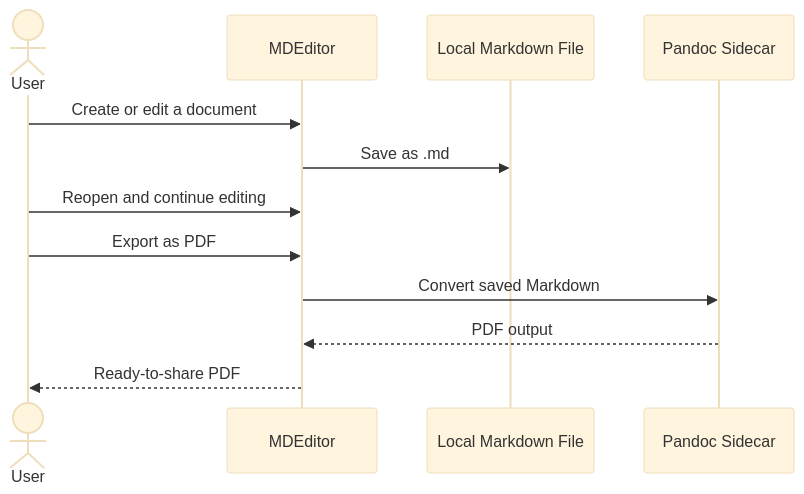
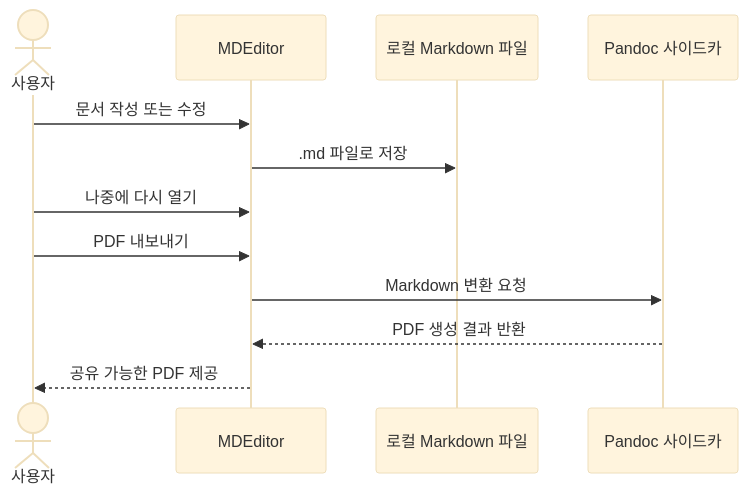
Before and after one commit to sinmb79/MD-Editer: the third of 3 diagrams in README.md, drawn with Mermaid (base theme). The commit also changed other lines of this file and 1 other file, not shown here.

````diff
--- a/README.md
+++ b/README.md
@@ -62,15 +60,15 @@
 ```mermaid
 sequenceDiagram
-    actor User
-    participant App as MDEditor
-    participant File as Local Markdown File
-    participant Pandoc as Pandoc Sidecar
+    actor 사용자
+    participant 앱 as MDEditor
+    participant 파일 as 로컬 Markdown 파일
+    participant 변환기 as Pandoc 사이드카
 
-    User->>App: Create or edit a document
-    App->>File: Save as .md
-    User->>App: Reopen and continue editing
-    User->>App: Export as PDF
-    App->>Pandoc: Convert saved Markdown
-    Pandoc-->>App: PDF output
-    App-->>User: Ready-to-share PDF
+    사용자->>앱: 문서 작성 또는 수정
+    앱->>파일: .md 파일로 저장
+    사용자->>앱: 나중에 다시 열기
+    사용자->>앱: PDF 내보내기
+    앱->>변환기: Markdown 변환 요청
+    변환기-->>앱: PDF 생성 결과 반환
+    앱-->>사용자: 공유 가능한 PDF 제공
 ```
````
